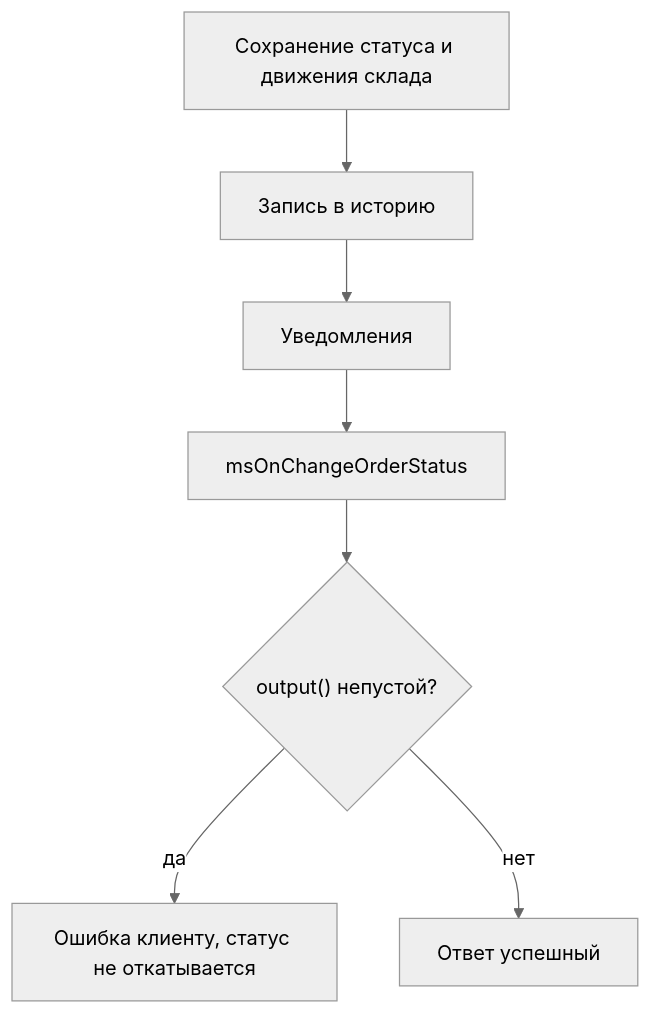
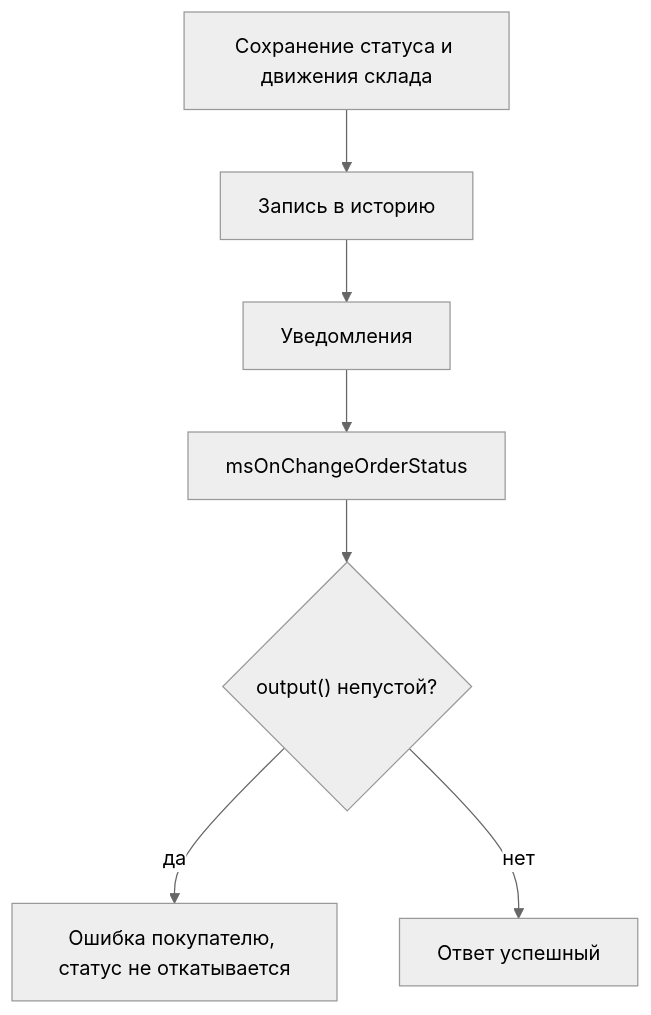
One commit to modx-pro/Docs changed the diagram in docs/components/minishop3/development/events/status.md. Above: the diagram before and after it, drawn with Mermaid (neutral theme). The commit also changed other lines of this file and 11 other files, not shown here.

````diff
--- a/docs/components/minishop3/development/events/status.md
+++ b/docs/components/minishop3/development/events/status.md
@@ -103,9 +105,9 @@
 ```mermaid
 flowchart TD
   save["Сохранение статуса и движения склада"] --> history["Запись в историю"]
   history --> notify["Уведомления"]
   notify --> event["msOnChangeOrderStatus"]
   event --> out{"output() непустой?"}
-  out -->|да| err["Ошибка клиенту, статус не откатывается"]
+  out -->|да| err["Ошибка покупателю, статус не откатывается"]
   out -->|нет| ok["Ответ успешный"]
 ```
````
